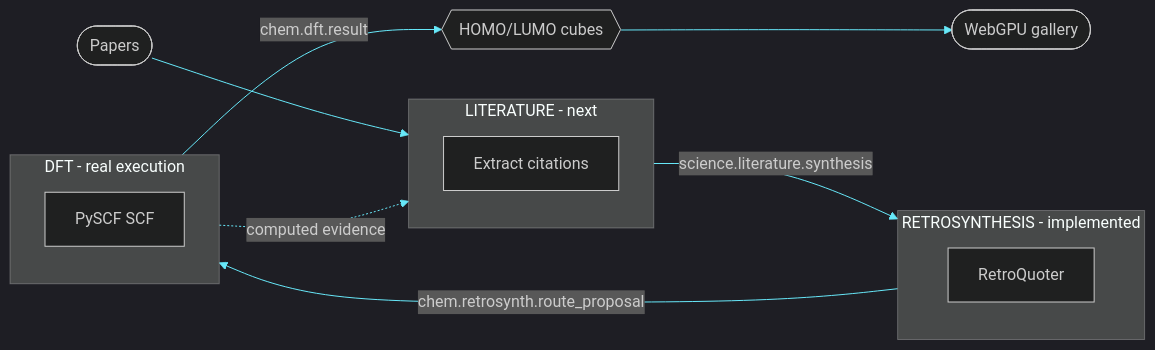
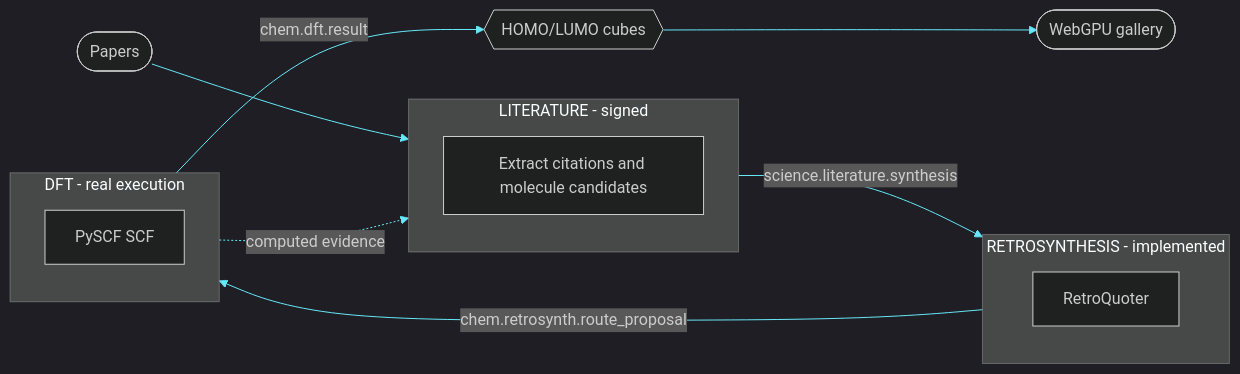
Before and after one commit to xchemtina/ethglobal-openagents: the second of 9 diagrams in docs/SYSTEM_BRIEFING.md, drawn with Mermaid. The commit also changed other lines of this file and 10 other files, not shown here.

````diff
--- a/docs/SYSTEM_BRIEFING.md
+++ b/docs/SYSTEM_BRIEFING.md
@@ -27,19 +35,19 @@
 ```mermaid
 %%{init: {'theme':'dark','themeVariables':{'primaryColor':'#0891b2','primaryTextColor':'#fff','lineColor':'#67e8f9','secondaryColor':'#1e293b','tertiaryColor':'#064e3b'}}}%%
 flowchart LR
     Papers([Papers]) --> LIT
-    subgraph LIT [LITERATURE - next]
-        L1[Extract citations]
+    subgraph LIT [LITERATURE - signed]
+        L1[Extract citations and molecule candidates]
     end
     LIT -- science.literature.synthesis --> RETRO
     subgraph RETRO [RETROSYNTHESIS - implemented]
         R1[RetroQuoter]
     end
     RETRO -- chem.retrosynth.route_proposal --> DFT_LANE
     subgraph DFT_LANE [DFT - real execution]
         D1[PySCF SCF]
     end
     DFT_LANE -- chem.dft.result --> CUBES{{HOMO/LUMO cubes}}
     CUBES --> GALLERY([WebGPU gallery])
     DFT_LANE -. computed evidence .-> LIT
 ```
````
